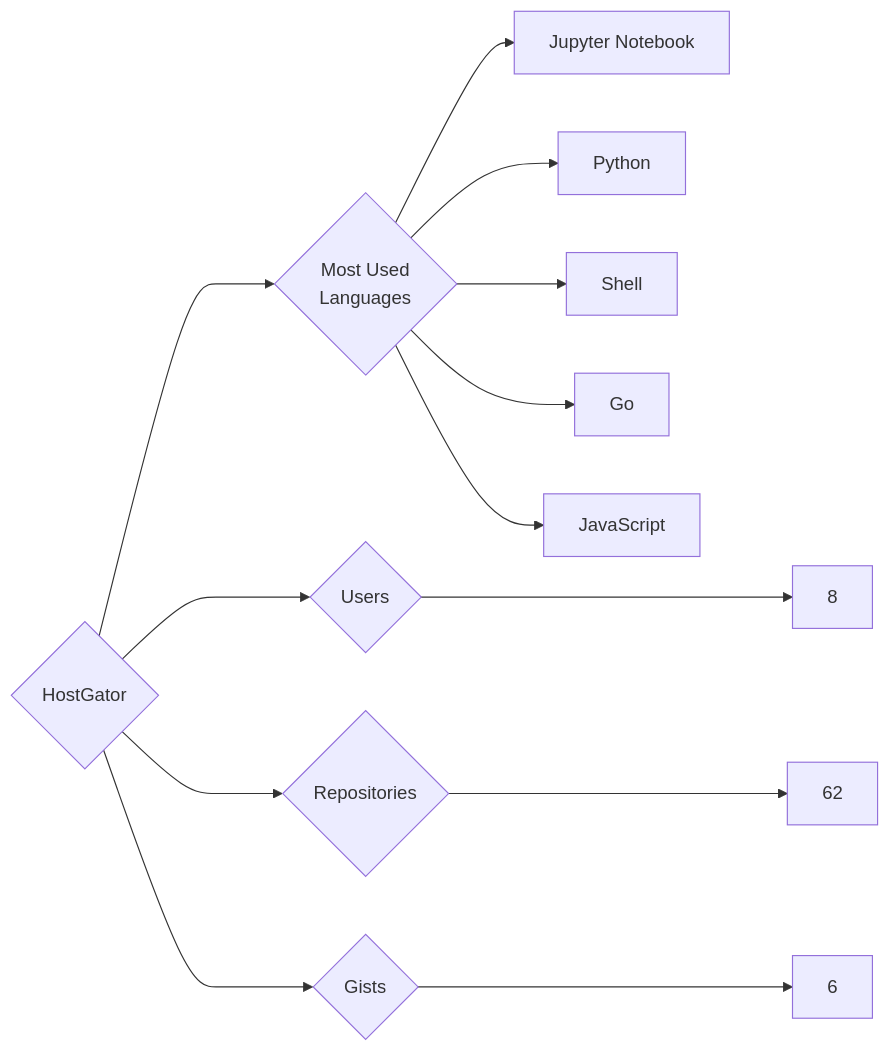
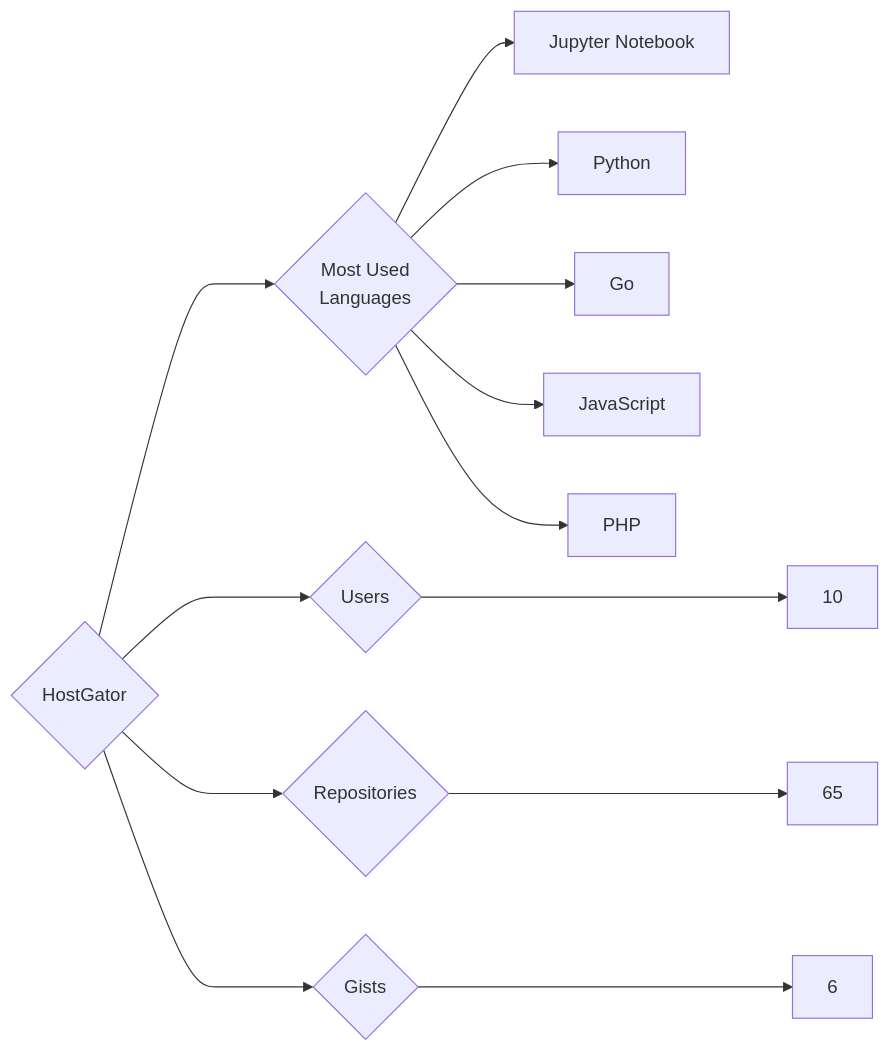
Before and after one commit to trickest/insiders: the diagram in targets/HostGator/README.md, drawn with Mermaid. The commit also changed 870 other files, not shown here.

````diff
--- a/targets/HostGator/README.md
+++ b/targets/HostGator/README.md
@@ -3,13 +3,13 @@
 ```mermaid
 graph LR
 COMPANY_NAME{HostGator}
-COMPANY_NAME ---> U{Users} ---> UN[8]
-COMPANY_NAME ---> R{Repositories} ---> RN[62]
+COMPANY_NAME ---> U{Users} ---> UN[10]
+COMPANY_NAME ---> R{Repositories} ---> RN[65]
 COMPANY_NAME ---> G{Gists} ---> GN[6]
 COMPANY_NAME ---> ML{Most Used<br>Languages}
 ML --> Jupyter_Notebook[Jupyter Notebook]
 ML --> Python[Python]
-ML --> Shell[Shell]
 ML --> Go[Go]
 ML --> JavaScript[JavaScript]
+ML --> PHP[PHP]
 ```
````
